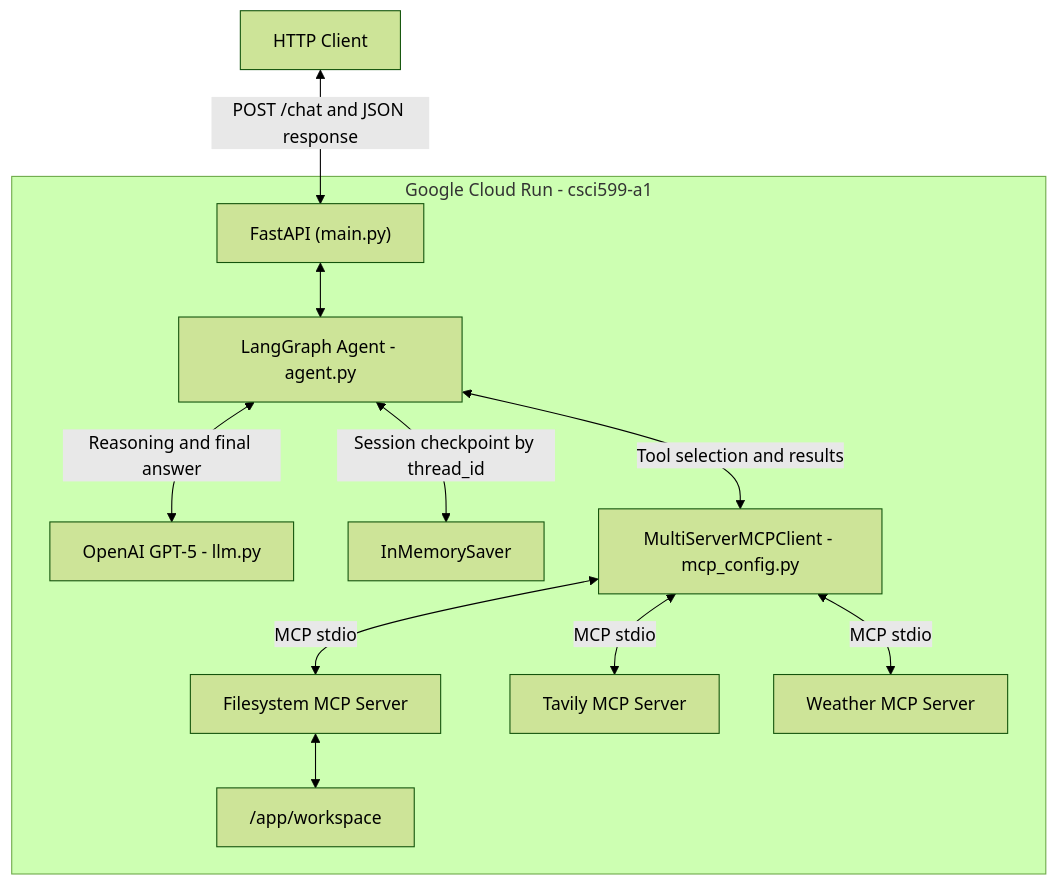
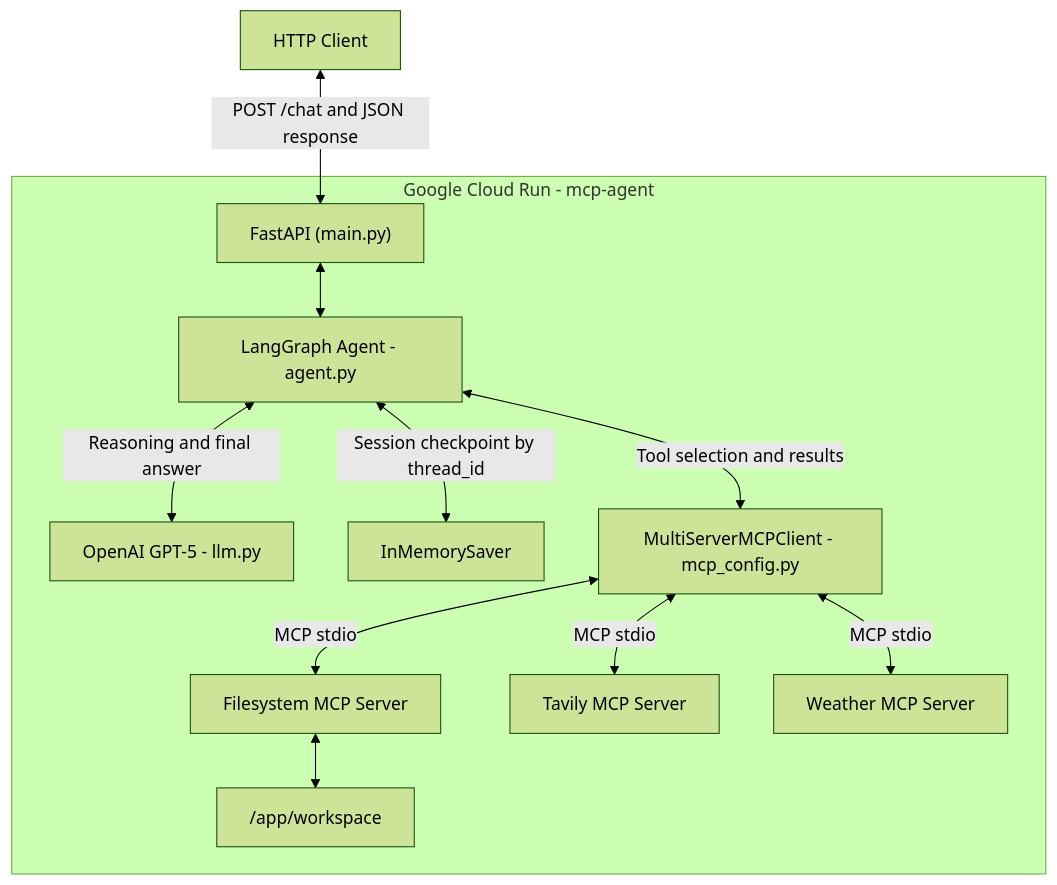
Before and after one commit to Viswabharathi-K-A/MCP-tool-using-agent: the first of 3 diagrams in README.md, drawn with Mermaid (forest theme). The commit also changed other lines of this file and 4 other files, not shown here.

````diff
--- a/README.md
+++ b/README.md
@@ -9,14 +8,14 @@
 ```mermaid
 flowchart TD
     U["HTTP Client"] <-->|"POST /chat and JSON response"| API["FastAPI (main.py)"]
-    subgraph CloudRun["Google Cloud Run - csci599-a1"]
+    subgraph CloudRun["Google Cloud Run - mcp-agent"]
         API <--> AG["LangGraph Agent - agent.py"]
         AG <-->|Reasoning and final answer| LLM["OpenAI GPT-5 - llm.py"]
         AG <-->|Session checkpoint by thread_id| MEM["InMemorySaver"]
         AG <-->|Tool selection and results| MCP["MultiServerMCPClient - mcp_config.py"]
         MCP <-->|MCP stdio| FS["Filesystem MCP Server"]
         MCP <-->|MCP stdio| TV["Tavily MCP Server"]
         MCP <-->|MCP stdio| WT["Weather MCP Server"]
         FS <--> WS["/app/workspace"]
     end
 ```
````
